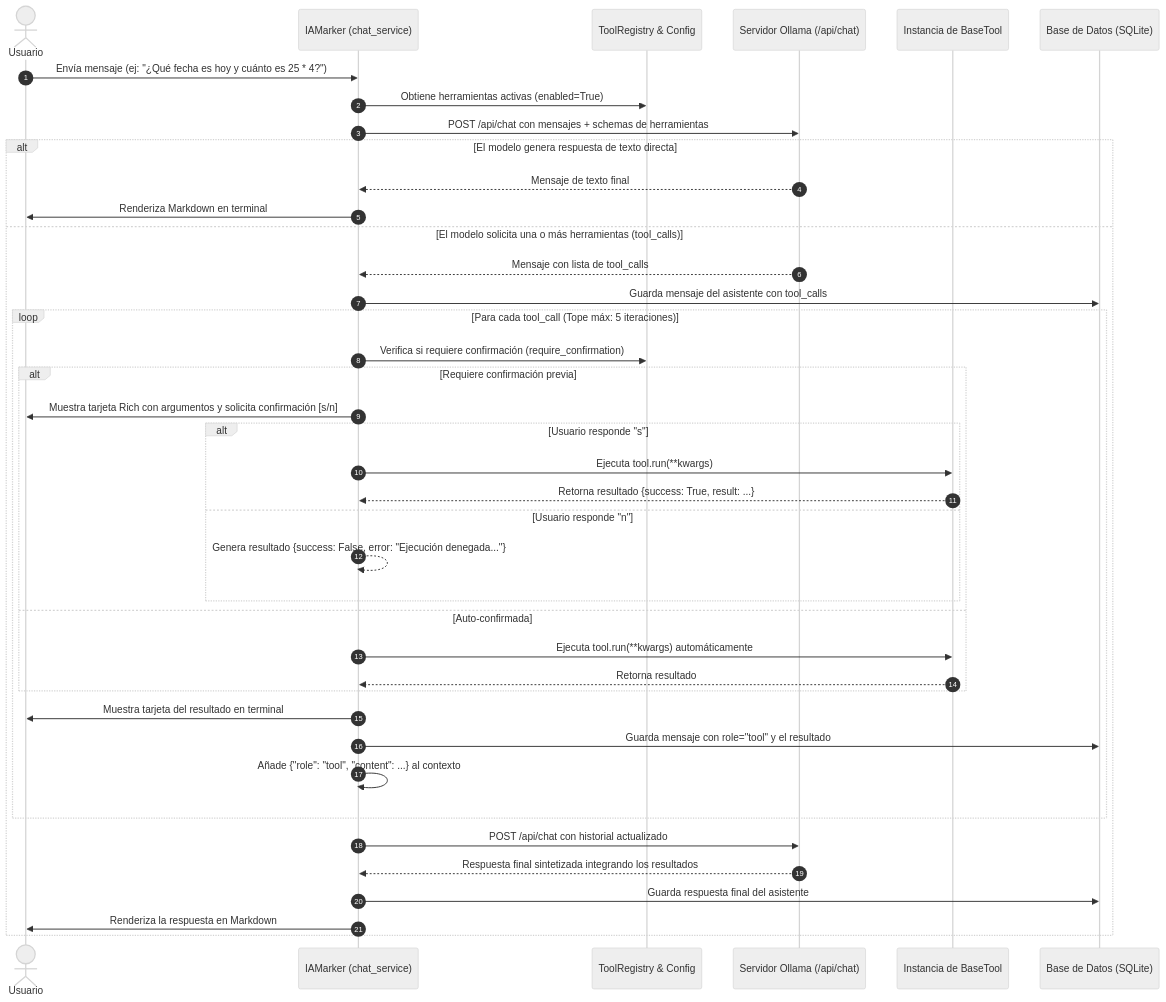
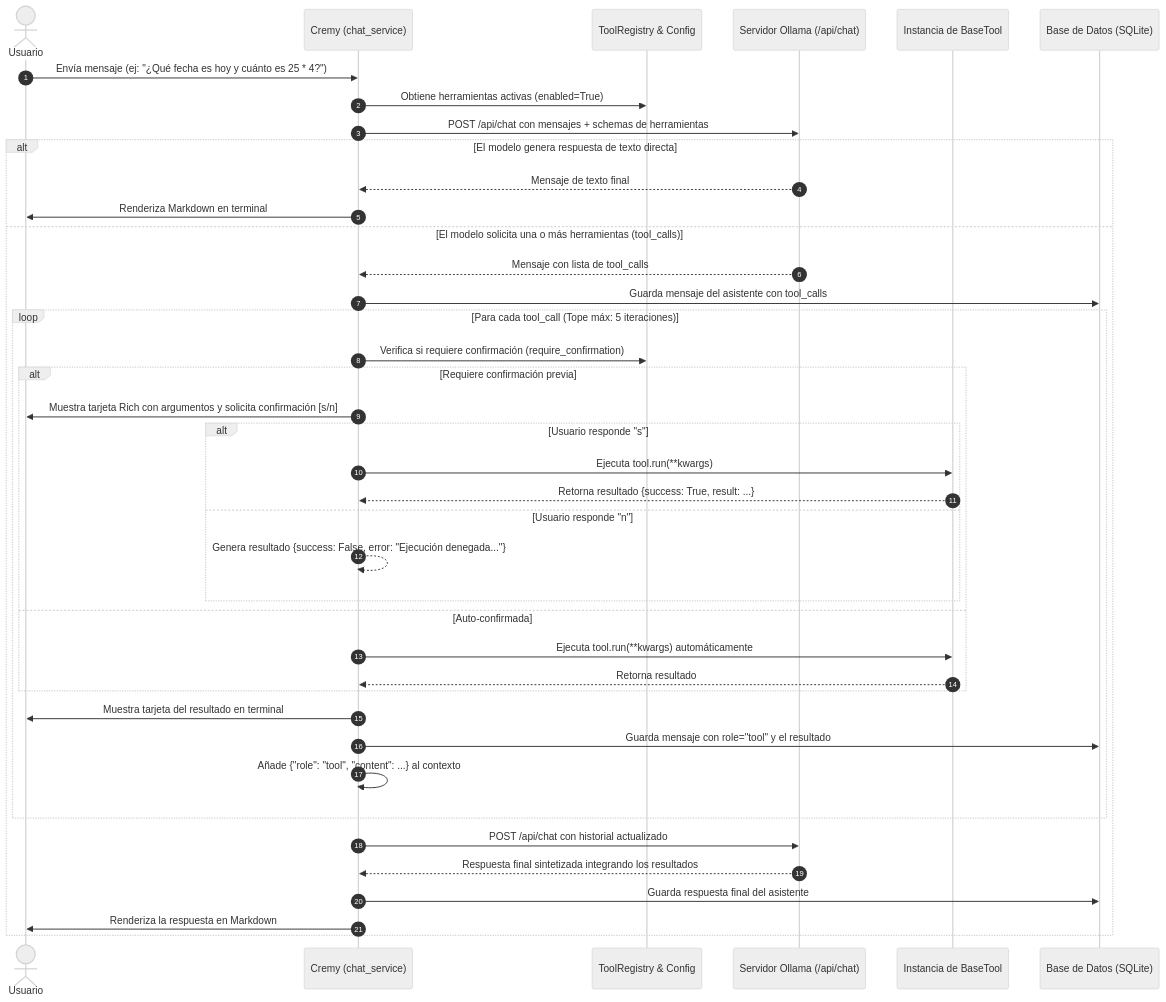
The diagram in docs/tools.md (Jorge-Marco5/Cremy), drawn with Mermaid (neutral theme) before and after one commit. The commit also changed other lines of this file and 8 other files, not shown here.

Commit message:
feat: Cambio de nombre del proyecto iamarker a cremy,  nueva interfaz general

````diff
--- a/docs/tools.md
+++ b/docs/tools.md
@@ -39,46 +39,46 @@
 ```mermaid
 sequenceDiagram
     autonumber
     actor Usuario
-    participant CLI as IAMarker (chat_service)
+    participant CLI as Cremy (chat_service)
     participant Registry as ToolRegistry & Config
     participant Ollama as Servidor Ollama (/api/chat)
     participant Tool as Instancia de BaseTool
     participant DB as Base de Datos (SQLite)
 
     Usuario->>CLI: Envía mensaje (ej: "¿Qué fecha es hoy y cuánto es 25 * 4?")
     CLI->>Registry: Obtiene herramientas activas (enabled=True)
     CLI->>Ollama: POST /api/chat con mensajes + schemas de herramientas
 
     alt El modelo genera respuesta de texto directa
         Ollama-->>CLI: Mensaje de texto final
         CLI->>Usuario: Renderiza Markdown en terminal
     else El modelo solicita una o más herramientas (tool_calls)
         Ollama-->>CLI: Mensaje con lista de tool_calls
         CLI->>DB: Guarda mensaje del asistente con tool_calls
         
         loop Para cada tool_call (Tope máx: 5 iteraciones)
             CLI->>Registry: Verifica si requiere confirmación (require_confirmation)
             alt Requiere confirmación previa
                 CLI->>Usuario: Muestra tarjeta Rich con argumentos y solicita confirmación [s/n]
                 alt Usuario responde "s"
                     CLI->>Tool: Ejecuta tool.run(**kwargs)
                     Tool-->>CLI: Retorna resultado {success: True, result: ...}
                 else Usuario responde "n"
                     CLI-->>CLI: Genera resultado {success: False, error: "Ejecución denegada..."}
                 end
             else Auto-confirmada
                 CLI->>Tool: Ejecuta tool.run(**kwargs) automáticamente
                 Tool-->>CLI: Retorna resultado
             end
             CLI->>Usuario: Muestra tarjeta del resultado en terminal
             CLI->>DB: Guarda mensaje con role="tool" y el resultado
             CLI->>CLI: Añade {"role": "tool", "content": ...} al contexto
         end
 
         CLI->>Ollama: POST /api/chat con historial actualizado
         Ollama-->>CLI: Respuesta final sintetizada integrando los resultados
         CLI->>DB: Guarda respuesta final del asistente
         CLI->>Usuario: Renderiza la respuesta en Markdown
     end
 ```
````
